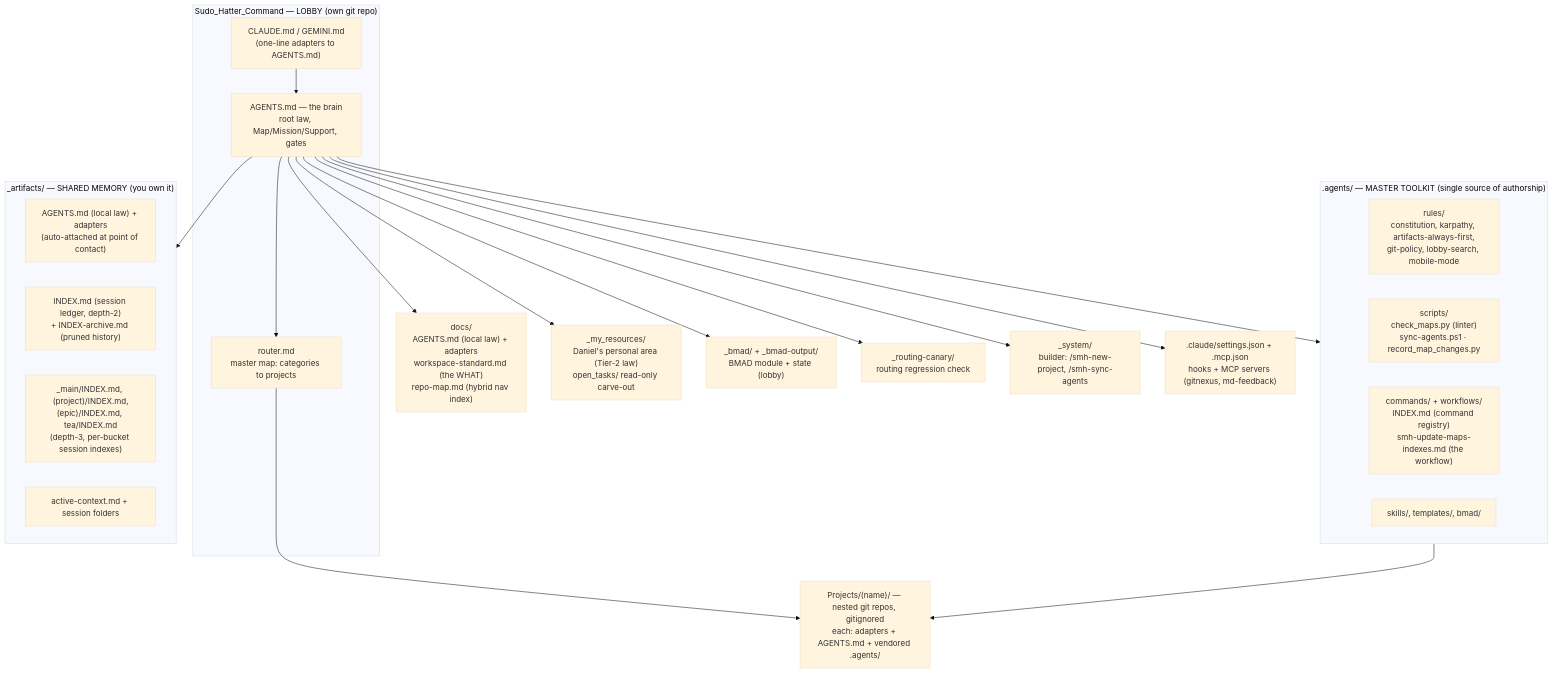
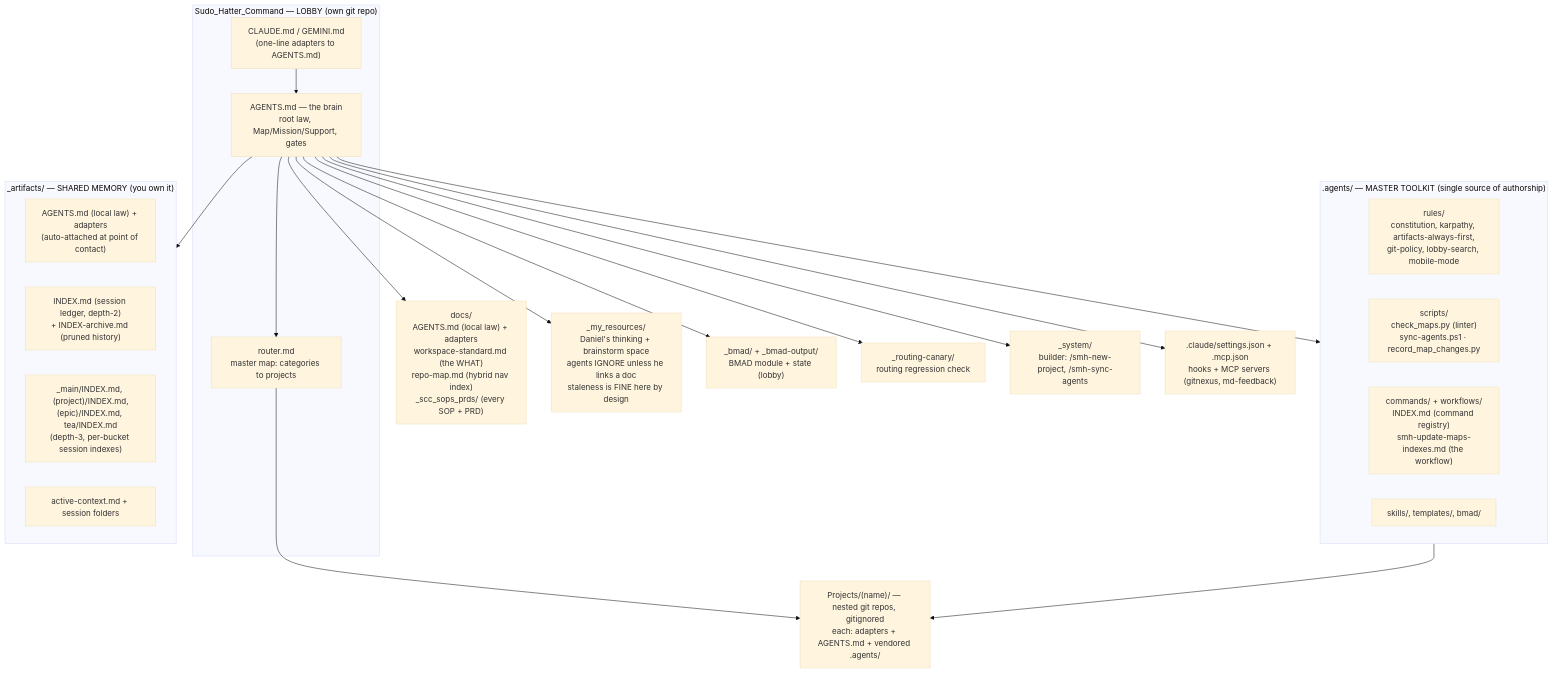
Before and after one commit to sudomadhatter/Sudo_Hatter_Command: the first of 6 diagrams in docs/_scc_sops_prds/file_folder_structure+maintaining.md, drawn with Mermaid (base theme). The commit also changed other lines of this file and 42 other files, not shown here.

First line of the commit message:
SCC-74 fix(docs): repoint every reference, refresh stale content, close the _my_resources door

````diff
--- a/docs/_scc_sops_prds/file_folder_structure+maintaining.md
+++ b/docs/_scc_sops_prds/file_folder_structure+maintaining.md
@@ -30,43 +30,43 @@
 ```mermaid
 flowchart TD
     subgraph LOBBY ["Sudo_Hatter_Command — LOBBY (own git repo)"]
         ADP["CLAUDE.md / GEMINI.md\n(one-line adapters to AGENTS.md)"]
         BRAIN["AGENTS.md — the brain\nroot law, Map/Mission/Support, gates"]
         ROUTER["router.md\nmaster map: categories to projects"]
         ADP --> BRAIN
         BRAIN --> ROUTER
     end
 
     subgraph TOOLKIT [".agents/ — MASTER TOOLKIT (single source of authorship)"]
         RULES["rules/\nconstitution, karpathy, artifacts-always-first,\ngit-policy, lobby-search, mobile-mode"]
         SCRIPTS["scripts/\ncheck_maps.py (linter)\nsync-agents.ps1 · record_map_changes.py"]
         CMDS["commands/ + workflows/\nINDEX.md (command registry)\nsmh-update-maps-indexes.md (the workflow)"]
         OTHER["skills/, templates/, bmad/"]
     end
 
     subgraph MEM ["_artifacts/ — SHARED MEMORY (you own it)"]
         LAW["AGENTS.md (local law) + adapters\n(auto-attached at point of contact)"]
         INDEX["INDEX.md (session ledger, depth-2)\n+ INDEX-archive.md (pruned history)"]
         DEPTH3["_main/INDEX.md, (project)/INDEX.md,\n(epic)/INDEX.md, tea/INDEX.md\n(depth-3, per-bucket session indexes)"]
         STORE["active-context.md + session folders"]
     end
 
-    DOCS["docs/\nAGENTS.md (local law) + adapters\nworkspace-standard.md (the WHAT)\nrepo-map.md (hybrid nav index)"]
-    MYRES["_my_resources/\nDaniel's personal area (Tier-2 law)\nopen_tasks/ read-only carve-out"]
+    DOCS["docs/\nAGENTS.md (local law) + adapters\nworkspace-standard.md (the WHAT)\nrepo-map.md (hybrid nav index)\n_scc_sops_prds/ (every SOP + PRD)"]
+    MYRES["_my_resources/\nDaniel's thinking + brainstorm space\nagents IGNORE unless he links a doc\nstaleness is FINE here by design"]
     BMADL["_bmad/ + _bmad-output/\nBMAD module + state (lobby)"]
     CANARY["_routing-canary/\nrouting regression check"]
     SYS["_system/\nbuilder: /smh-new-project, /smh-sync-agents"]
     SETTINGS[".claude/settings.json + .mcp.json\nhooks + MCP servers (gitnexus, md-feedback)"]
     PROJ["Projects/(name)/ — nested git repos, gitignored\neach: adapters + AGENTS.md + vendored .agents/"]
 
     BRAIN --> TOOLKIT
     BRAIN --> MEM
     BRAIN --> DOCS
     BRAIN --> MYRES
     BRAIN --> BMADL
     BRAIN --> CANARY
     BRAIN --> SYS
     BRAIN --> SETTINGS
     ROUTER --> PROJ
     TOOLKIT --> PROJ
 ```
````
